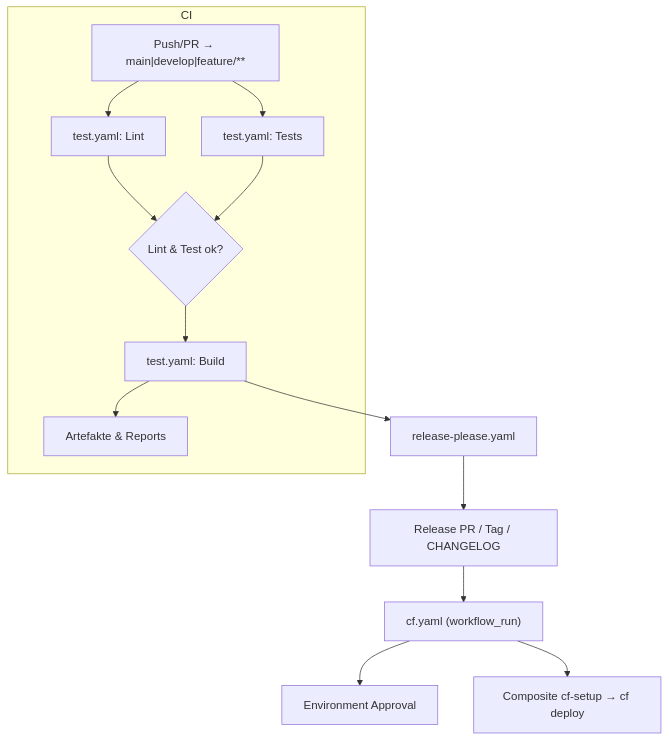
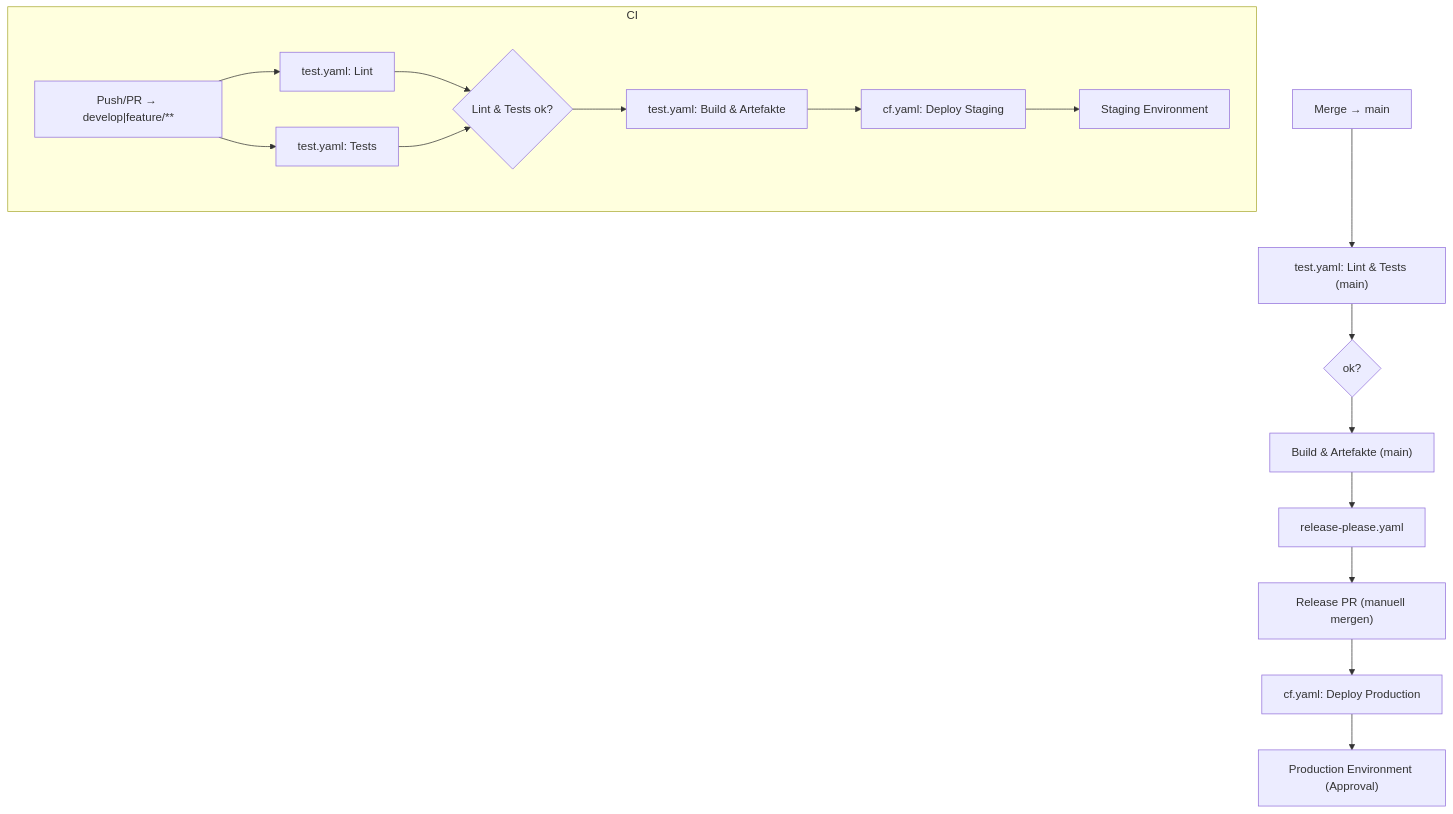
Before and after one commit to nimble-123/cap-fiori-timetracking: the ninth of 11 diagrams in docs/ARCHITECTURE.md, drawn with Mermaid. The commit also changed other lines of this file and 2 other files, not shown here.

Commit message:
fix: Aktualisiere CI/CD-Dokumentation für konsistente Workflow-Beschreibungen und Branch-Strategie

````diff
--- a/docs/ARCHITECTURE.md
+++ b/docs/ARCHITECTURE.md
@@ -1511,16 +1511,19 @@
 ```mermaid
 flowchart TD
     subgraph CI
-        A["Push/PR → main|develop|feature/**"] --> B["test.yaml: Lint"]
+        A["Push/PR → develop|feature/**"] --> B["test.yaml: Lint"]
         A --> C["test.yaml: Tests"]
-        B --> D{Lint & Test ok?}
+        B --> D{Lint & Tests ok?}
         C --> D
-        D --> E["test.yaml: Build"]
-        E --> F["Artefakte & Reports"]
+        D --> E["test.yaml: Build & Artefakte"]
+        E --> F["cf.yaml: Deploy Staging"]
+        F --> G["Staging Environment"]
     end
-    E --> G["release-please.yaml"]
-    G --> H["Release PR / Tag / CHANGELOG"]
-    H --> I["cf.yaml (workflow_run)"]
-    I --> J["Environment Approval"]
-    I --> K["Composite cf-setup → cf deploy"]
+    H["Merge → main"] --> I["test.yaml: Lint & Tests (main)"]
+    I --> J{ok?}
+    J --> K["Build & Artefakte (main)"]
+    K --> L["release-please.yaml"]
+    L --> M["Release PR (manuell mergen)"]
+    M --> N["cf.yaml: Deploy Production"]
+    N --> O["Production Environment (Approval)"]
 ```
````
